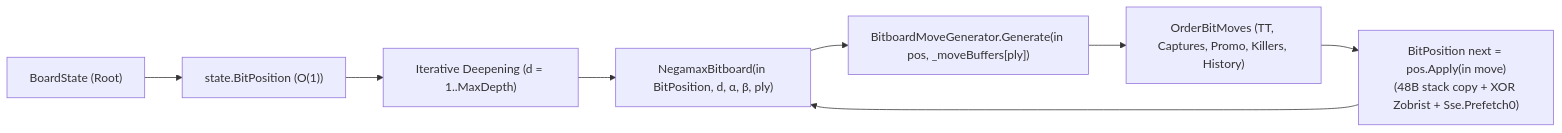
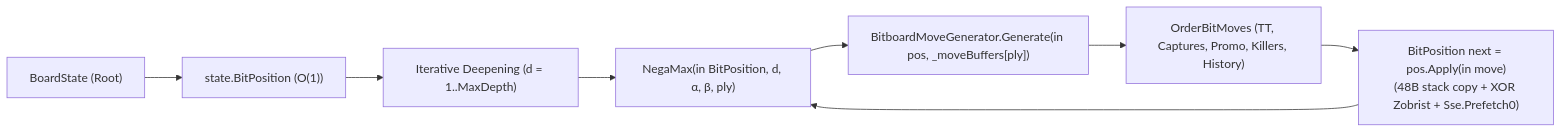
The second of 2 diagrams in docs/brain/11-bitboards.md (cjp-dev/Checkers), drawn with Mermaid before and after one commit. The commit also changed other lines of this file and 16 other files, not shown here.

````diff
--- a/docs/brain/11-bitboards.md
+++ b/docs/brain/11-bitboards.md
@@ -151,10 +153,10 @@
 ```mermaid
 flowchart LR
     Root["BoardState (Root)"] --> Convert["state.BitPosition (O(1))"]
     Convert --> ID["Iterative Deepening (d = 1..MaxDepth)"]
-    ID --> Negamax["NegamaxBitboard(in BitPosition, d, α, β, ply)"]
+    ID --> Negamax["NegaMax(in BitPosition, d, α, β, ply)"]
     Negamax --> Gen["BitboardMoveGenerator.Generate(in pos, _moveBuffers[ply])"]
     Gen --> Order["OrderBitMoves (TT, Captures, Promo, Killers, History)"]
     Order --> CopyMake["BitPosition next = pos.Apply(in move)<br/>(48B stack copy + XOR Zobrist + Sse.Prefetch0)"]
     CopyMake --> Negamax
 ```
````
